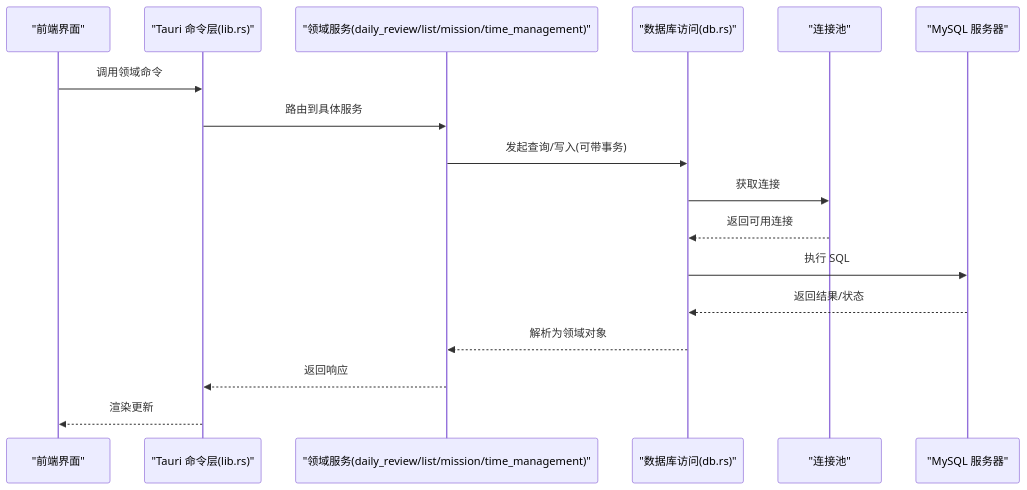
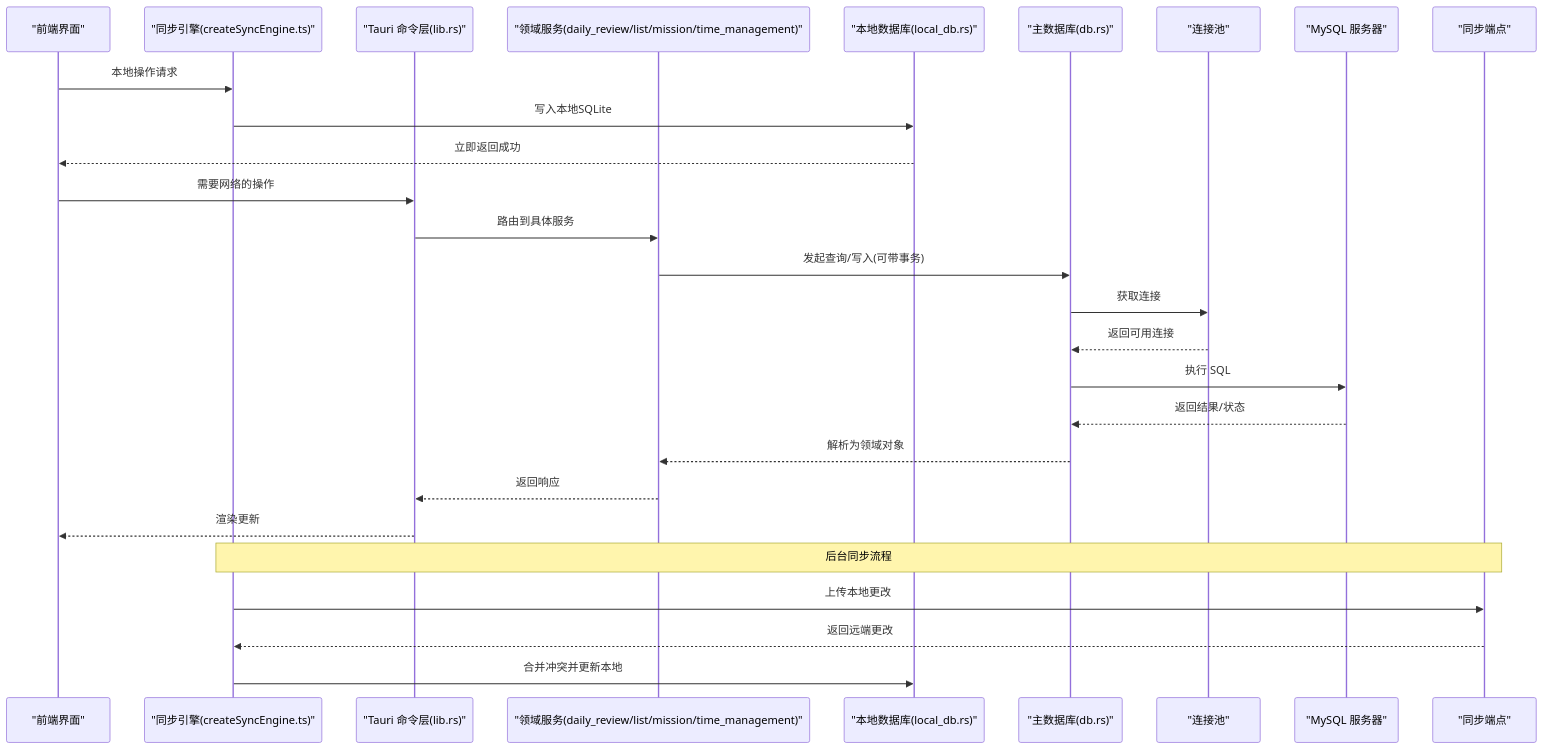
Before and after one commit to gzdxhujiale/FishWorker: the second of 12 diagrams in .qoder/repowiki/zh/content/后端架构/数据库集成/数据库集成.md, drawn with Mermaid. The commit also changed other lines of this file and 19 other files, not shown here.

````diff
--- a/.qoder/repowiki/zh/content/后端架构/数据库集成/数据库集成.md
+++ b/.qoder/repowiki/zh/content/后端架构/数据库集成/数据库集成.md
@@ -129,19 +141,29 @@
 ```mermaid
 sequenceDiagram
 participant UI as "前端界面"
+participant Sync as "同步引擎(createSyncEngine.ts)"
 participant Tauri as "Tauri 命令层(lib.rs)"
 participant Domain as "领域服务(daily_review/list/mission/time_management)"
-participant DB as "数据库访问(db.rs)"
+participant LocalDB as "本地数据库(local_db.rs)"
+participant DB as "主数据库(db.rs)"
 participant Pool as "连接池"
 participant MySQL as "MySQL 服务器"
-UI->>Tauri : 调用领域命令
+participant Endpoint as "同步端点"
+UI->>Sync : 本地操作请求
+Sync->>LocalDB : 写入本地SQLite
+LocalDB-->>UI : 立即返回成功
+UI->>Tauri : 需要网络的操作
 Tauri->>Domain : 路由到具体服务
 Domain->>DB : 发起查询/写入(可带事务)
 DB->>Pool : 获取连接
 Pool-->>DB : 返回可用连接
 DB->>MySQL : 执行 SQL
 MySQL-->>DB : 返回结果/状态
 DB-->>Domain : 解析为领域对象
 Domain-->>Tauri : 返回响应
 Tauri-->>UI : 渲染更新
+Note over Sync,Endpoint : 后台同步流程
+Sync->>Endpoint : 上传本地更改
+Endpoint-->>Sync : 返回远端更改
+Sync->>LocalDB : 合并冲突并更新本地
 ```
````
